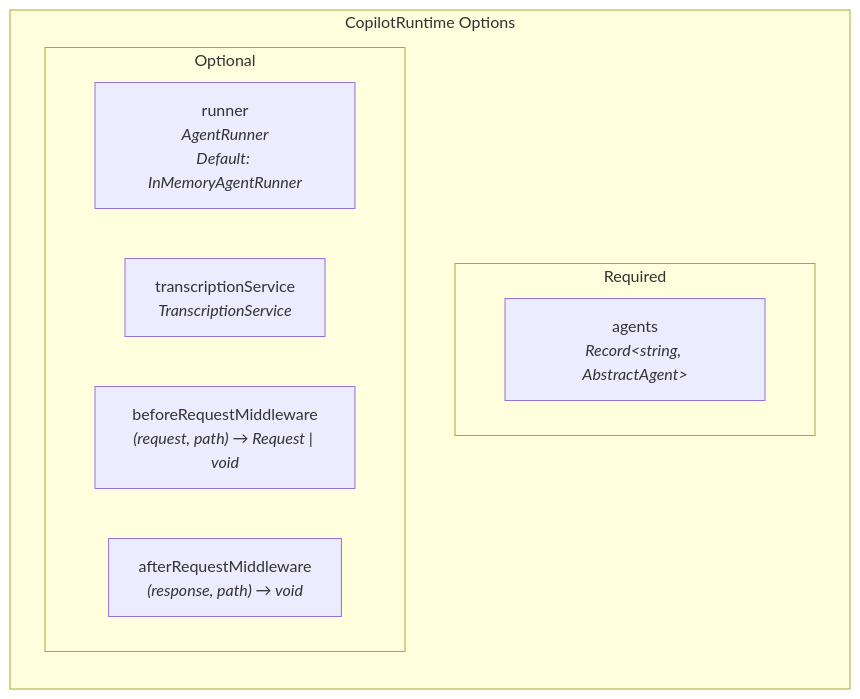
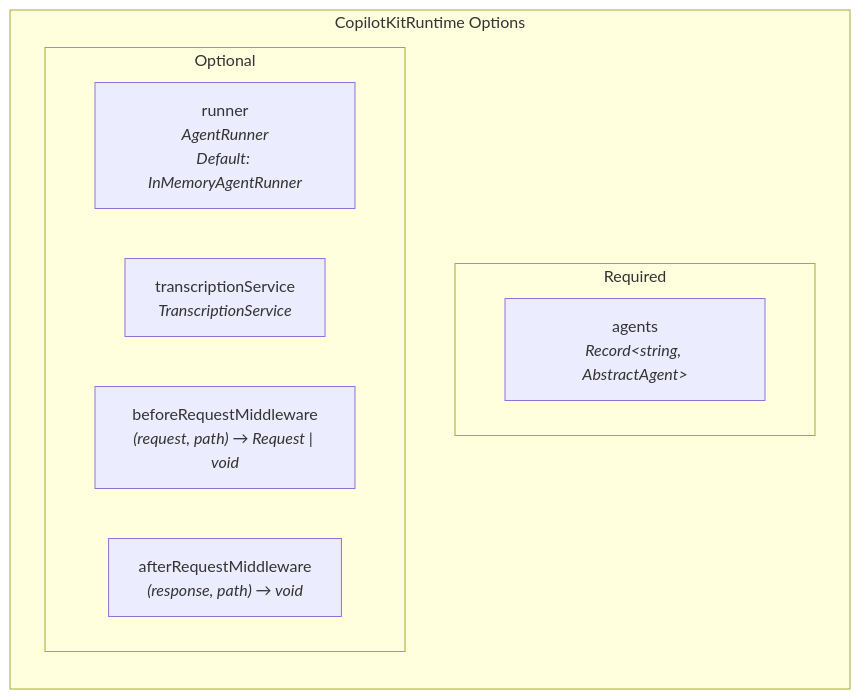
One commit to CopilotKit/CopilotKit changed the third of 6 diagrams in dev-docs/architecture/setup-runtime.md. Above: the diagram before and after it, drawn with Mermaid. The commit also changed other lines of this file and 30 other files, not shown here.

Commit message:
docs: use the CopilotKit* runtime names in package docs and comments

````diff
--- a/dev-docs/architecture/setup-runtime.md
+++ b/dev-docs/architecture/setup-runtime.md
@@ -199,17 +199,17 @@
 ```mermaid
 graph TB
-    subgraph "CopilotRuntime Options"
+    subgraph "CopilotKitRuntime Options"
         direction TB
 
         subgraph "Required"
             AGENTS["agents<br/><i>Record&lt;string, AbstractAgent&gt;</i>"]
         end
 
         subgraph "Optional"
             RUNNER["runner<br/><i>AgentRunner</i><br/><i>Default: InMemoryAgentRunner</i>"]
             TS["transcriptionService<br/><i>TranscriptionService</i>"]
             BM["beforeRequestMiddleware<br/><i>(request, path) → Request | void</i>"]
             AM["afterRequestMiddleware<br/><i>(response, path) → void</i>"]
         end
     end
 ```
````
